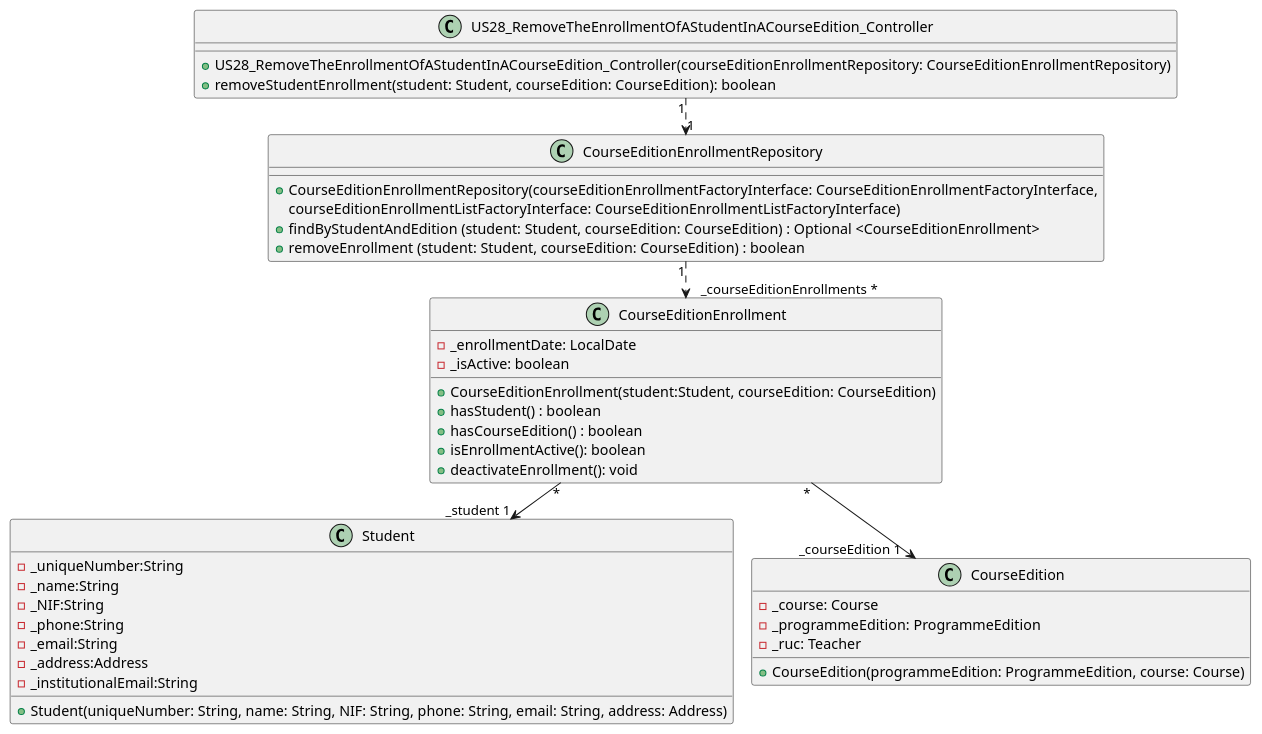
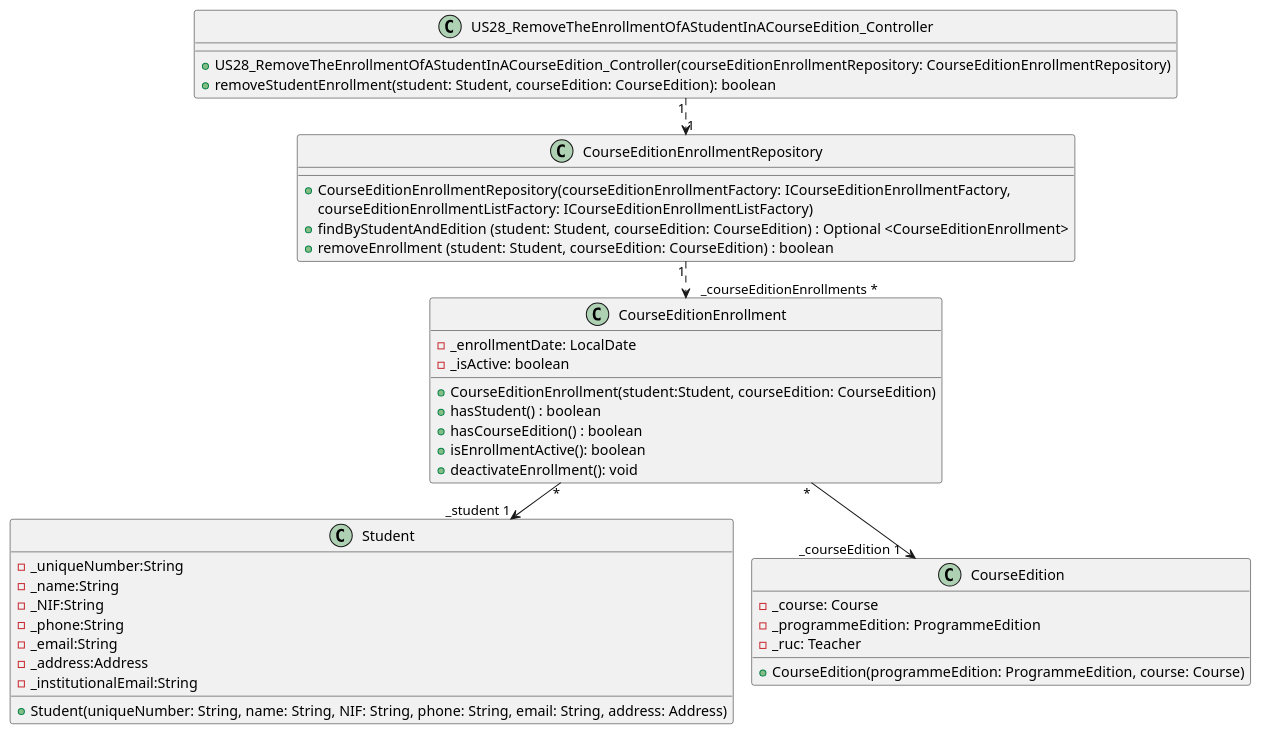
Before and after one commit to GasparISEP/DevOps-PAI: the diagram in docs/US28/US28_RemoveTheEnrollmentOfAStudentInACourseEdition_ClassDiagramSimplified.puml, drawn with PlantUML. The commit also changed 1 other file, not shown here.

Commit message:
Fix US28_ClassDiagram and US28_ClassDiagramSimplified

```diff
--- a/docs/US28/US28_RemoveTheEnrollmentOfAStudentInACourseEdition_ClassDiagramSimplified.puml
+++ b/docs/US28/US28_RemoveTheEnrollmentOfAStudentInACourseEdition_ClassDiagramSimplified.puml
@@ -1,51 +1,51 @@
 @startuml
 !pragma layout smetana
 
 class US28_RemoveTheEnrollmentOfAStudentInACourseEdition_Controller {
     +US28_RemoveTheEnrollmentOfAStudentInACourseEdition_Controller(courseEditionEnrollmentRepository: CourseEditionEnrollmentRepository)
     +removeStudentEnrollment(student: Student, courseEdition: CourseEdition): boolean
 }
 
 class CourseEditionEnrollment {
     -_enrollmentDate: LocalDate
     -_isActive: boolean
     +CourseEditionEnrollment(student:Student, courseEdition: CourseEdition)
     +hasStudent() : boolean
     +hasCourseEdition() : boolean
     +isEnrollmentActive(): boolean
     +deactivateEnrollment(): void
 }
 
 class CourseEditionEnrollmentRepository {
-     +CourseEditionEnrollmentRepository(courseEditionEnrollmentFactoryInterface: CourseEditionEnrollmentFactoryInterface,
-        courseEditionEnrollmentListFactoryInterface: CourseEditionEnrollmentListFactoryInterface)
+     +CourseEditionEnrollmentRepository(courseEditionEnrollmentFactory: ICourseEditionEnrollmentFactory,
+        courseEditionEnrollmentListFactory: ICourseEditionEnrollmentListFactory)
     +findByStudentAndEdition (student: Student, courseEdition: CourseEdition) : Optional <CourseEditionEnrollment>
     +removeEnrollment (student: Student, courseEdition: CourseEdition) : boolean
 }
 
 class Student {
     -_uniqueNumber:String
     -_name:String
     -_NIF:String
     -_phone:String
     -_email:String
     -_address:Address
     -_institutionalEmail:String
     +Student(uniqueNumber: String, name: String, NIF: String, phone: String, email: String, address: Address)
 }
 
 class CourseEdition {
     -_course: Course
     -_programmeEdition: ProgrammeEdition
     -_ruc: Teacher
     +CourseEdition(programmeEdition: ProgrammeEdition, course: Course)
 }
 
 
 
 CourseEditionEnrollment "*" --> "_student 1" Student
 CourseEditionEnrollment "*" --> "_courseEdition 1    " CourseEdition
 CourseEditionEnrollmentRepository"1"..> "    _courseEditionEnrollments *  "CourseEditionEnrollment
 US28_RemoveTheEnrollmentOfAStudentInACourseEdition_Controller "1" ..> "1 " CourseEditionEnrollmentRepository
 
 @enduml
```
